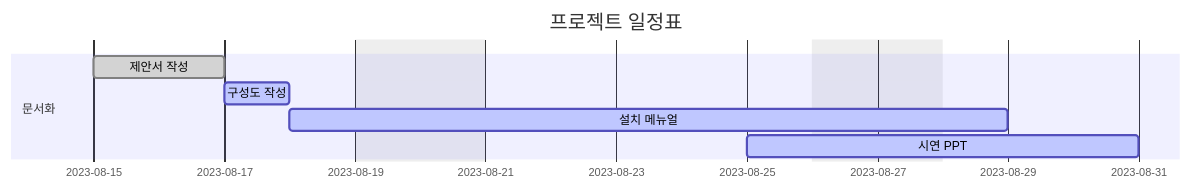
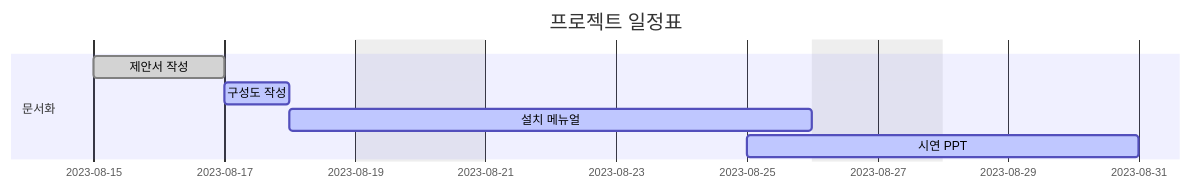
One commit to LOFL404/project1 changed the diagram in README.md. Above: the diagram before and after it, drawn with Mermaid.

````diff
--- a/README.md
+++ b/README.md
@@ -1,16 +1,16 @@
 ```mermaid
 gantt
     dateFormat  YYYY-MM-DD
     axisFormat  %Y-%m-%d
     title       프로젝트 일정표
     excludes    weekends saturday,sunday
     
     section 문서화
     제안서 작성     :done,    a, 2023-08-15, 2d
     구성도 작성     :active,  b, 2023-08-17, 1d
-    설치 메뉴얼     :active,  c, 2023-08-18, 7d
+    설치 메뉴얼     :active,  c, 2023-08-18, 6d
     시연 PPT        :active,  d, 2023-08-25, 4d
 
     section 구현
     
 ```
````
